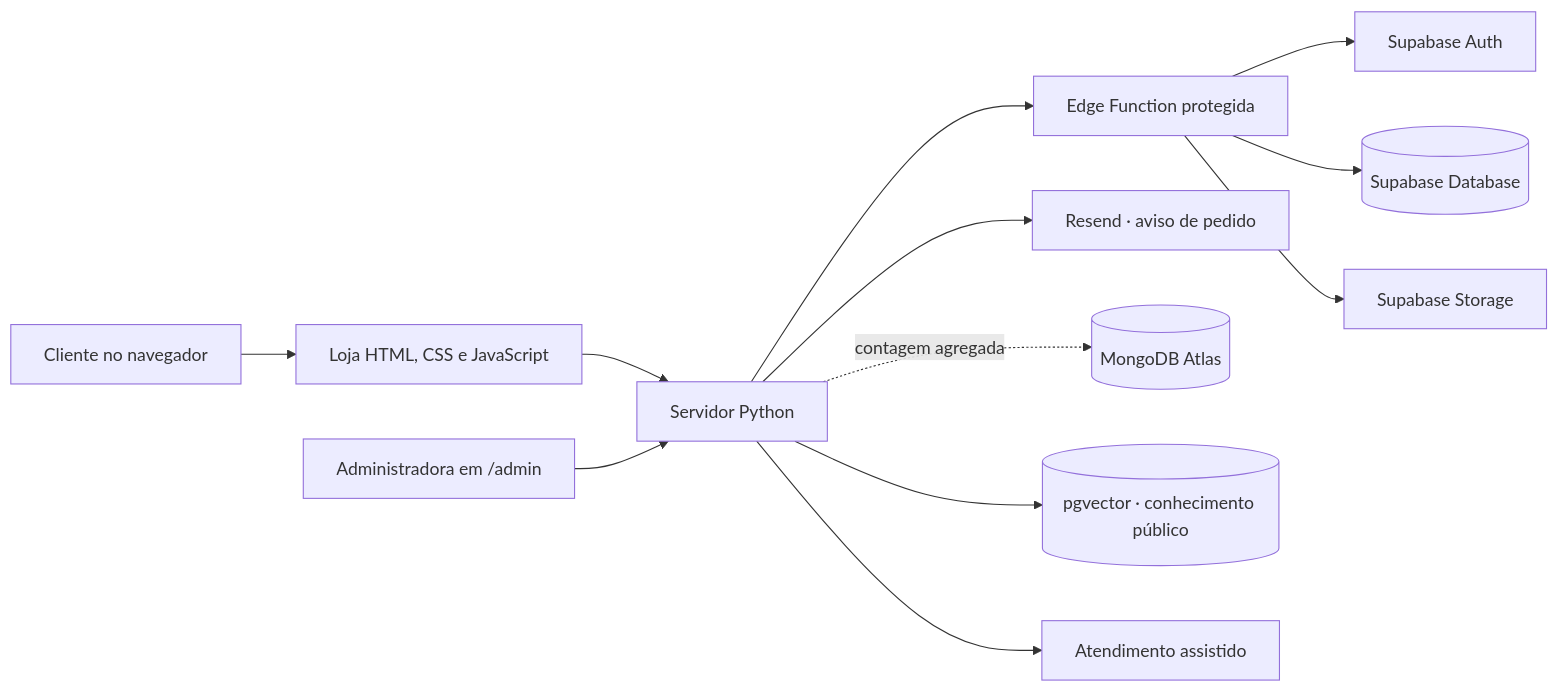
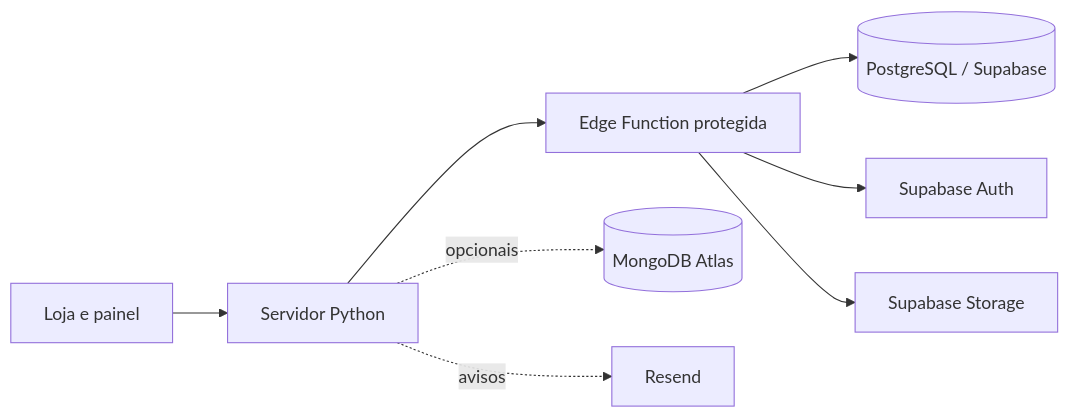
The diagram in README.md (guilhermeestrela10/estrela-concept), drawn with Mermaid before and after one commit. The commit also changed other lines of this file and 8 other files, not shown here.

````diff
--- a/README.md
+++ b/README.md
@@ -67,14 +24,10 @@
 ```mermaid
 flowchart LR
-  Cliente[Cliente no navegador] --> Loja[Loja HTML, CSS e JavaScript]
-  Loja --> Servidor[Servidor Python]
-  Servidor --> API[Edge Function protegida]
-  API --> Auth[Supabase Auth]
-  API --> Banco[(Supabase Database)]
-  API --> Fotos[Supabase Storage]
-  Servidor --> Resend[Resend · aviso de pedido]
-  Servidor -. contagem agregada .-> MongoDB[(MongoDB Atlas)]
-  Servidor --> Vetores[(pgvector · conhecimento público)]
-  Servidor --> Assistente[Atendimento assistido]
-  Admin[Administradora em /admin] --> Servidor
+    Navegador[Loja e painel] --> Python[Servidor Python]
+    Python --> Edge[Edge Function protegida]
+    Edge --> Dados[(PostgreSQL / Supabase)]
+    Edge --> Auth[Supabase Auth]
+    Edge --> Fotos[Supabase Storage]
+    Python -. opcionais .-> Metricas[(MongoDB Atlas)]
+    Python -. avisos .-> Email[Resend]
 ```
````
